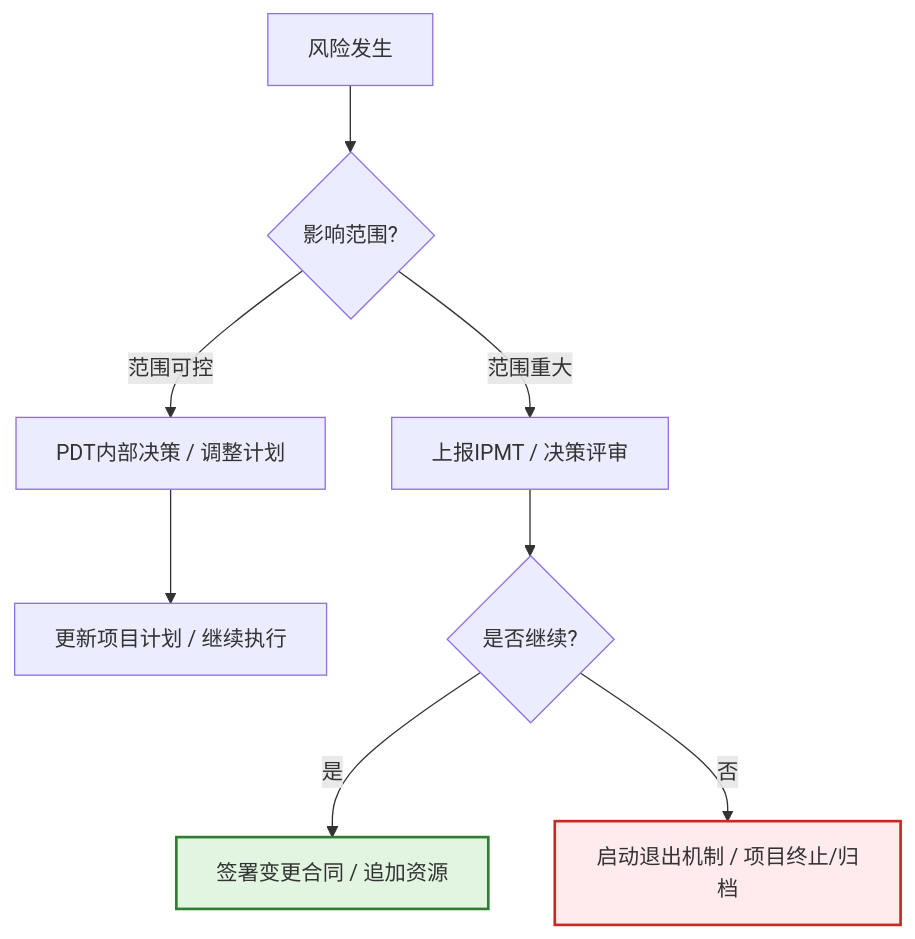
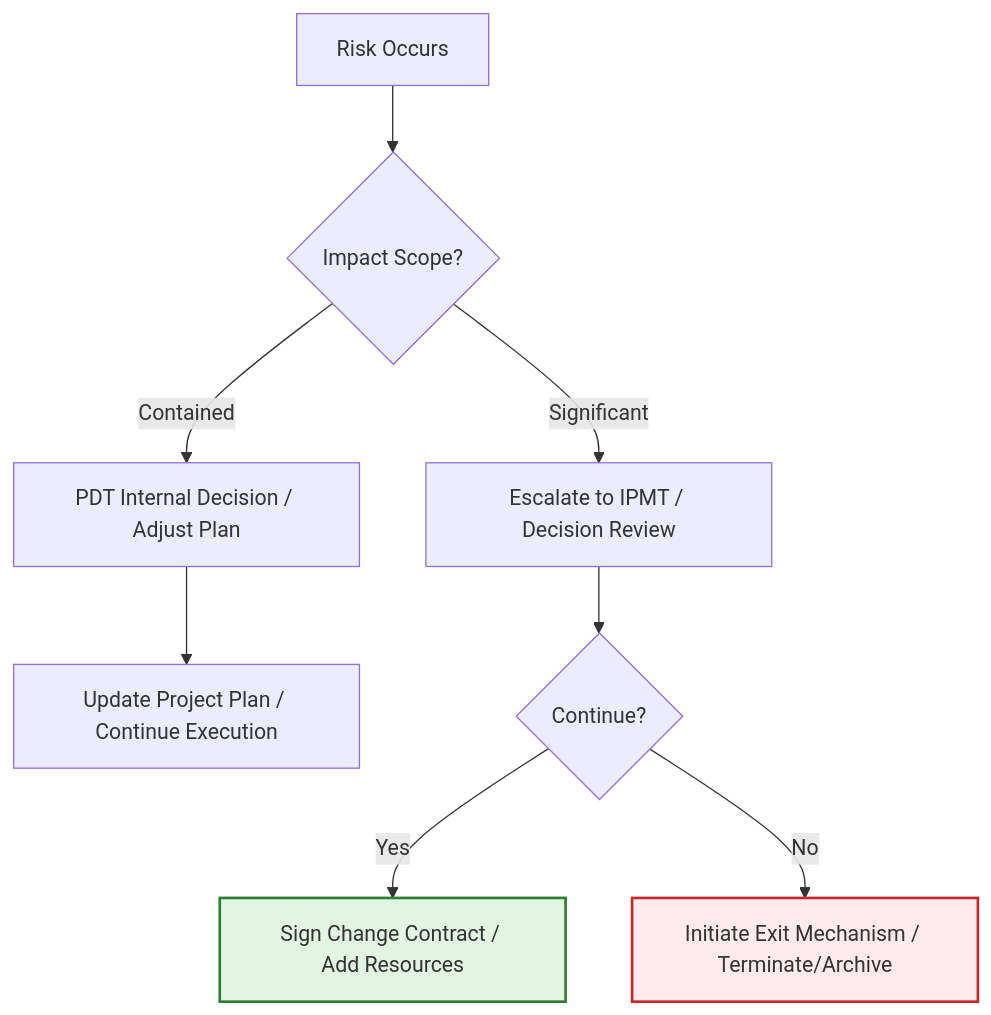
One commit to Kirky-X/cangjie changed the tenth of 11 diagrams in templates/产品/战略层/【模板】项目任务书.md. Above: the diagram before and after it, drawn with Mermaid. The commit also changed other lines of this file and 12 other files, not shown here.

````diff
--- a/templates/产品/战略层/【模板】项目任务书.md
+++ b/templates/产品/战略层/【模板】项目任务书.md
@@ -544,13 +544,13 @@
 ```mermaid
 flowchart TD
-    A[风险发生] --> B{影响范围?}
-    B -->|范围可控| C[PDT内部决策 / 调整计划]
-    B -->|范围重大| D[上报IPMT / 决策评审]
-    C --> E[更新项目计划 / 继续执行]
-    D --> F{是否继续?}
-    F -->|是| G[签署变更合同 / 追加资源]
-    F -->|否| H[启动退出机制 / 项目终止/归档]
+    A[Risk Occurs] --> B{Impact Scope?}
+    B -->|Contained| C[PDT Internal Decision / Adjust Plan]
+    B -->|Significant| D[Escalate to IPMT / Decision Review]
+    C --> E[Update Project Plan / Continue Execution]
+    D --> F{Continue?}
+    F -->|Yes| G[Sign Change Contract / Add Resources]
+    F -->|No| H[Initiate Exit Mechanism / Terminate/Archive]
 
     style H fill:#ffebee,stroke:#c62828,stroke-width:2px
     style G fill:#e1f5e1,stroke:#2e7d32,stroke-width:2px
 ```
````
